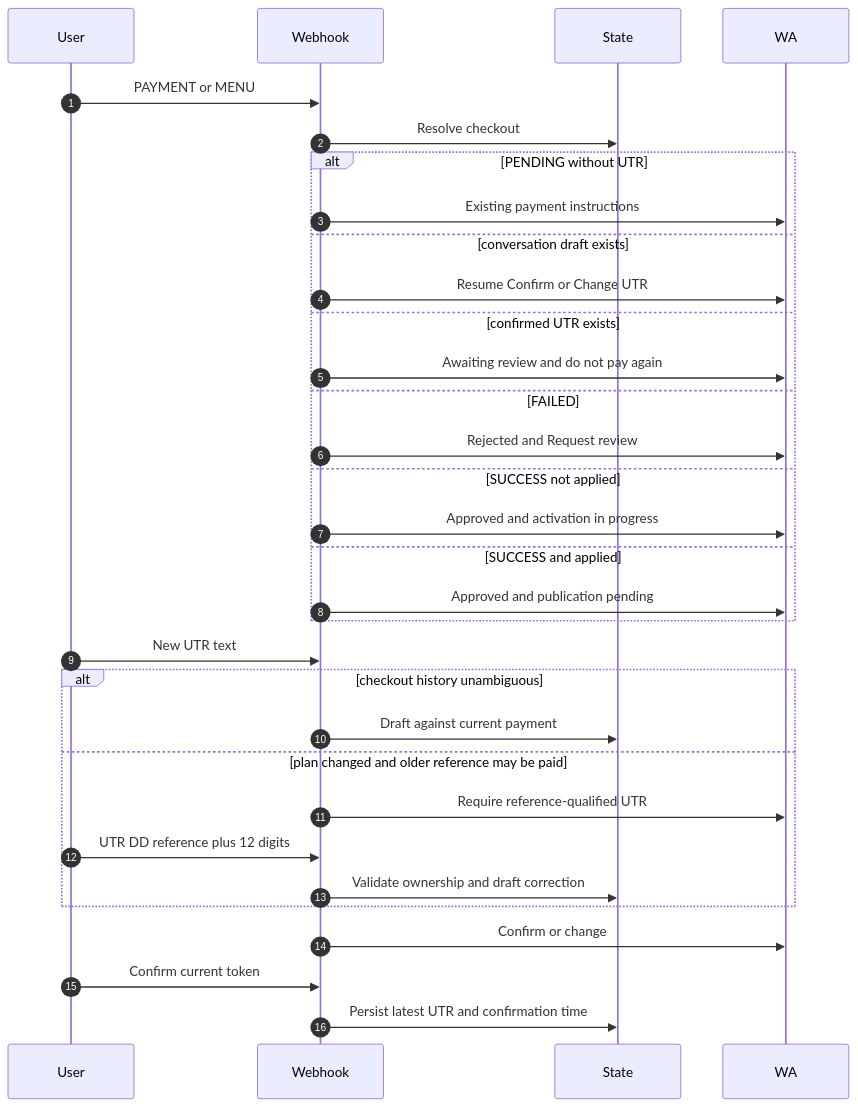
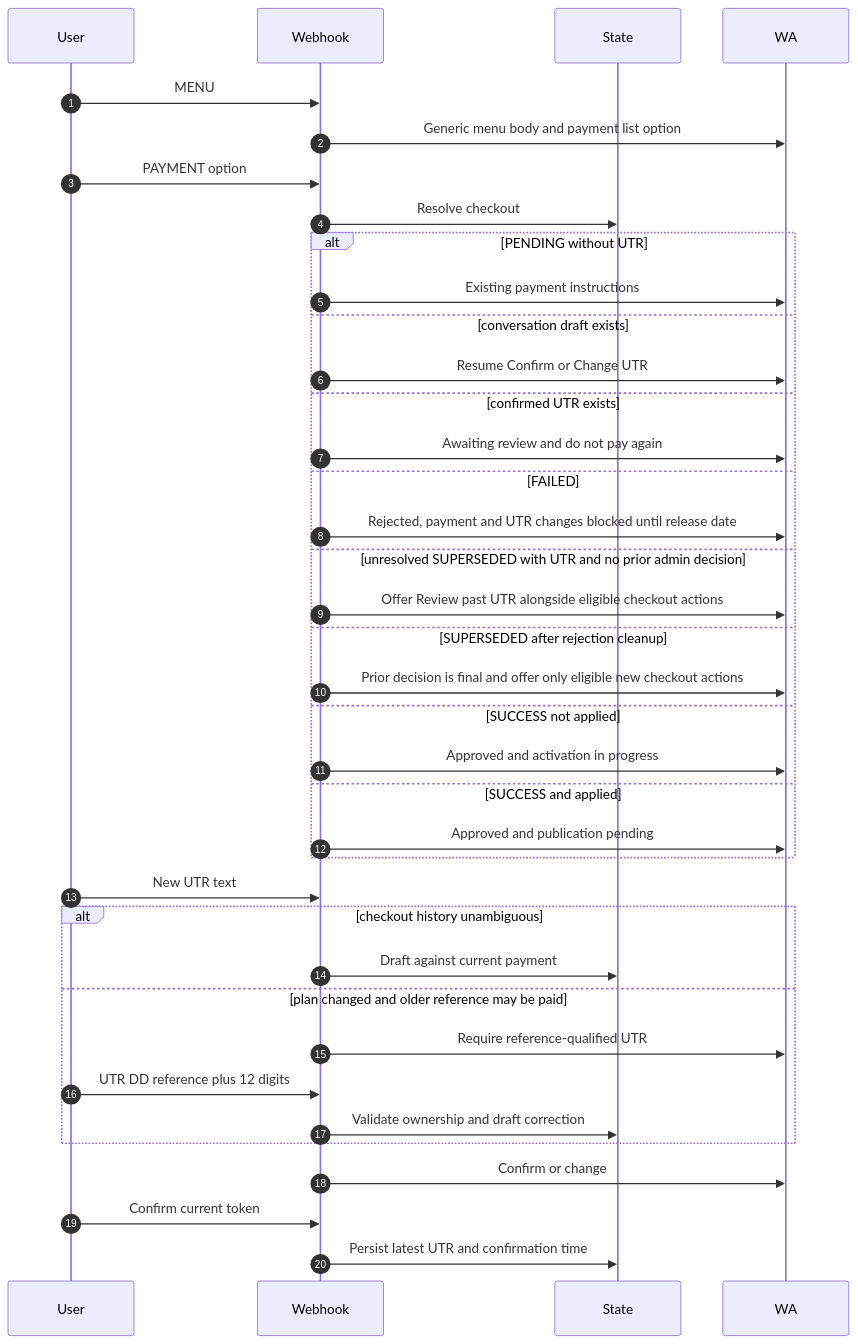
The fourth of 12 diagrams in sequence-diagrams.md (mishnit/daily-darshan), drawn with Mermaid before and after one commit. The commit also changed other lines of this file and 22 other files, not shown here.

Commit message:
Harden payment review state and menu privacy

````diff
--- a/sequence-diagrams.md
+++ b/sequence-diagrams.md
@@ -167,34 +171,40 @@
 ```mermaid
 sequenceDiagram
     autonumber
     participant User
     participant Webhook
     participant State
     participant WA
-    User->>Webhook: PAYMENT or MENU
+    User->>Webhook: MENU
+    Webhook->>WA: Generic menu body and payment list option
+    User->>Webhook: PAYMENT option
     Webhook->>State: Resolve checkout
     alt PENDING without UTR
         Webhook->>WA: Existing payment instructions
     else conversation draft exists
         Webhook->>WA: Resume Confirm or Change UTR
     else confirmed UTR exists
         Webhook->>WA: Awaiting review and do not pay again
     else FAILED
-        Webhook->>WA: Rejected and Request review
+        Webhook->>WA: Rejected, payment and UTR changes blocked until release date
+    else unresolved SUPERSEDED with UTR and no prior admin decision
+        Webhook->>WA: Offer Review past UTR alongside eligible checkout actions
+    else SUPERSEDED after rejection cleanup
+        Webhook->>WA: Prior decision is final and offer only eligible new checkout actions
     else SUCCESS not applied
         Webhook->>WA: Approved and activation in progress
     else SUCCESS and applied
         Webhook->>WA: Approved and publication pending
     end
     User->>Webhook: New UTR text
     alt checkout history unambiguous
         Webhook->>State: Draft against current payment
     else plan changed and older reference may be paid
         Webhook->>WA: Require reference-qualified UTR
         User->>Webhook: UTR DD reference plus 12 digits
         Webhook->>State: Validate ownership and draft correction
     end
     Webhook->>WA: Confirm or change
     User->>Webhook: Confirm current token
     Webhook->>State: Persist latest UTR and confirmation time
 ```
````
